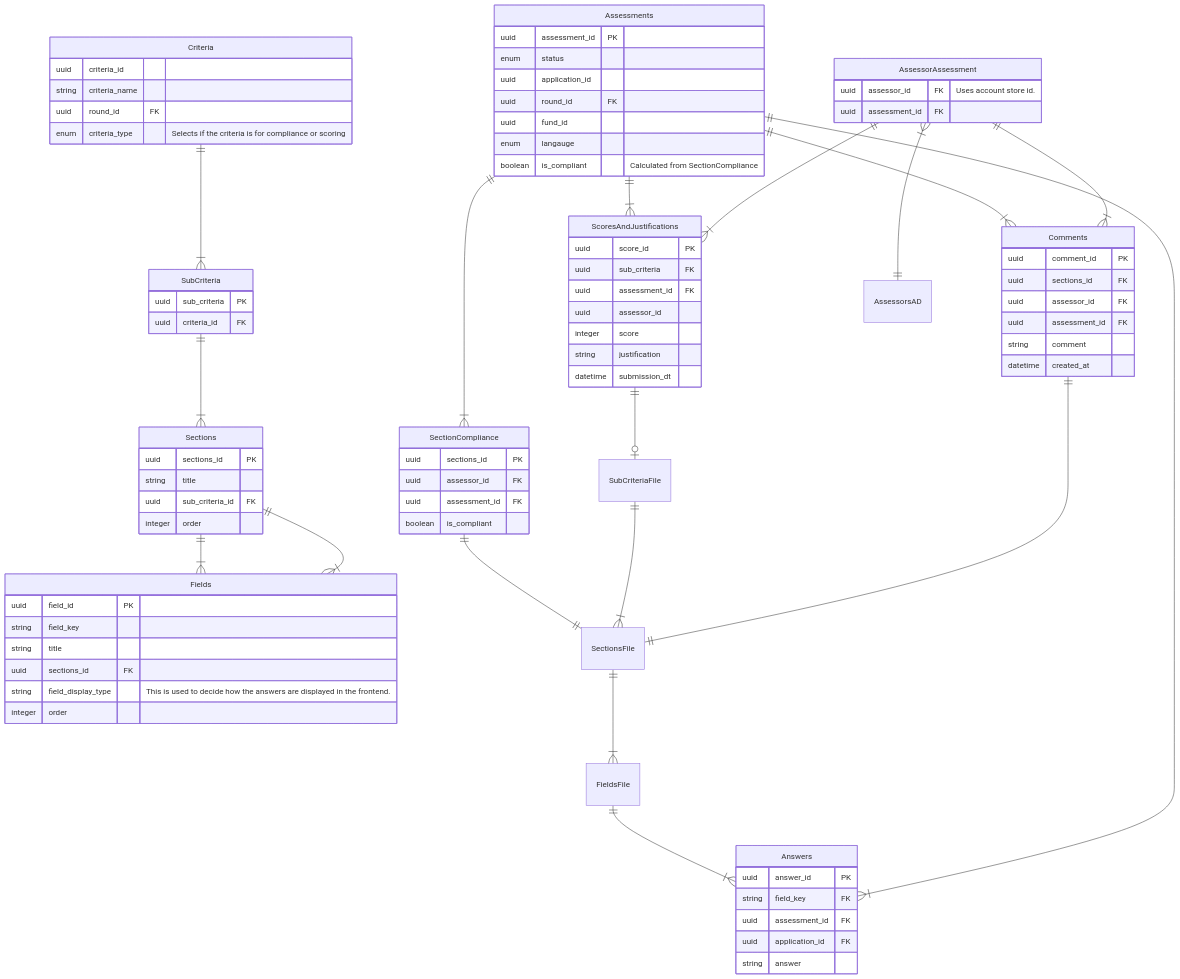
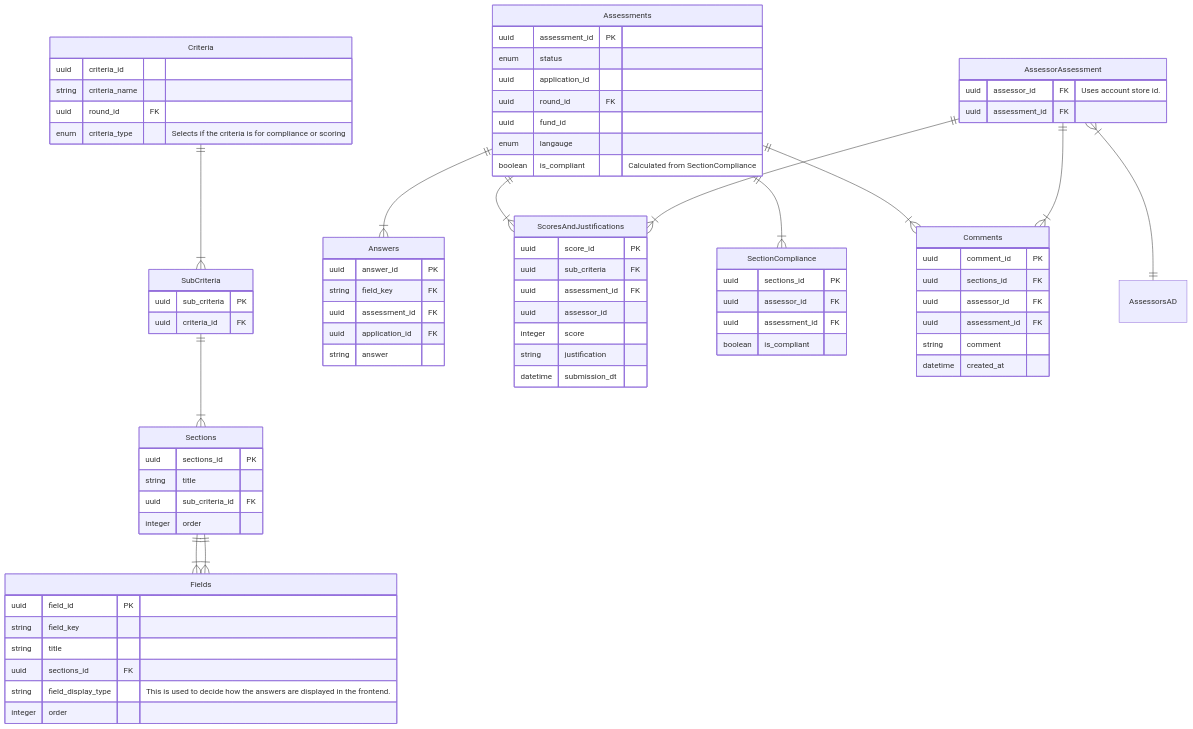
One commit to communitiesuk/funding-service-design-assessment-store changed the diagram in diagrams/db_diagram.md. Above: the diagram before and after it, drawn with Mermaid.

```diff
--- a/diagrams/db_diagram.md
+++ b/diagrams/db_diagram.md
@@ -69,20 +69,13 @@
 	}
 	
 	
-
-	SectionCompliance ||--|| SectionsFile : ""
-	SubCriteriaFile ||--|{ SectionsFile : ""
-	SectionsFile ||--|{ FieldsFile : ""
-	FieldsFile ||--|{ Answers : ""
 	Assessments ||--|{ ScoresAndJustifications : ""
-	ScoresAndJustifications ||--o| SubCriteriaFile : ""
 	Assessments ||--|{ Comments : ""
 	Assessments ||--|{ SectionCompliance : ""
 	Assessments ||--|{ Answers : ""
 	AssessorAssessment ||--|{ Comments : ""
 	AssessorAssessment ||--|{ ScoresAndJustifications : ""
 	AssessorAssessment }|--|| AssessorsAD : ""
-	Comments ||--|| SectionsFile : ""
 	
 	Criteria ||--|{ SubCriteria : ""
 	SubCriteria ||--|{ Sections : ""
```
